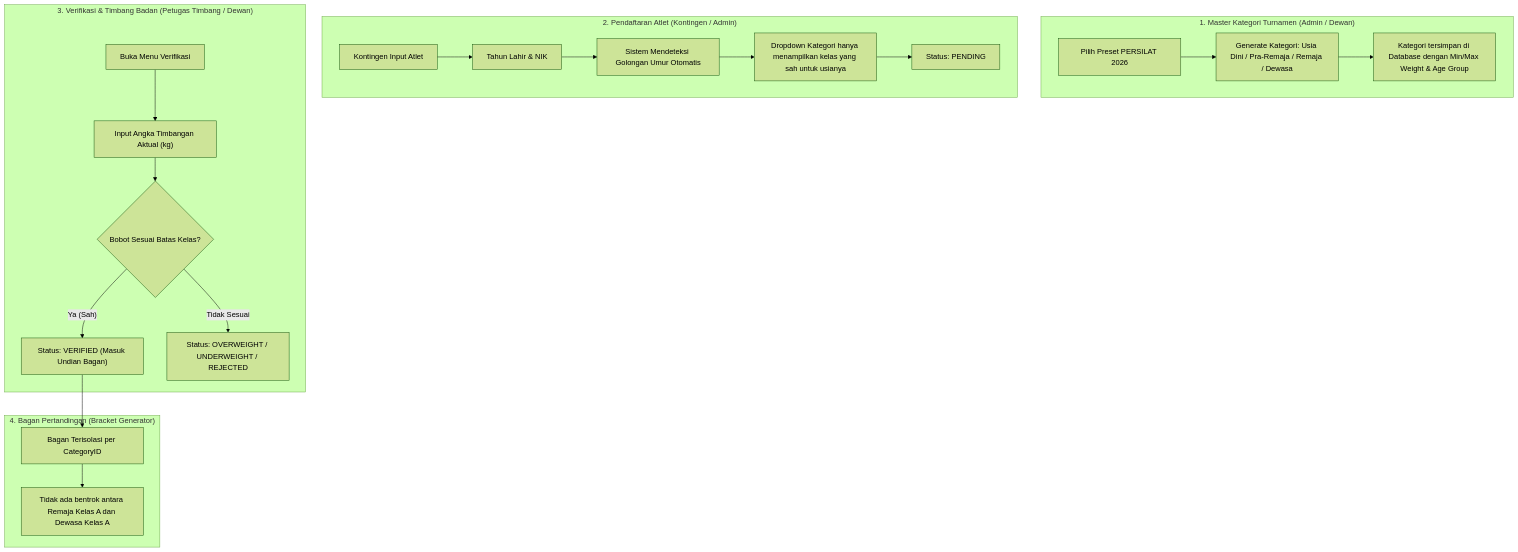
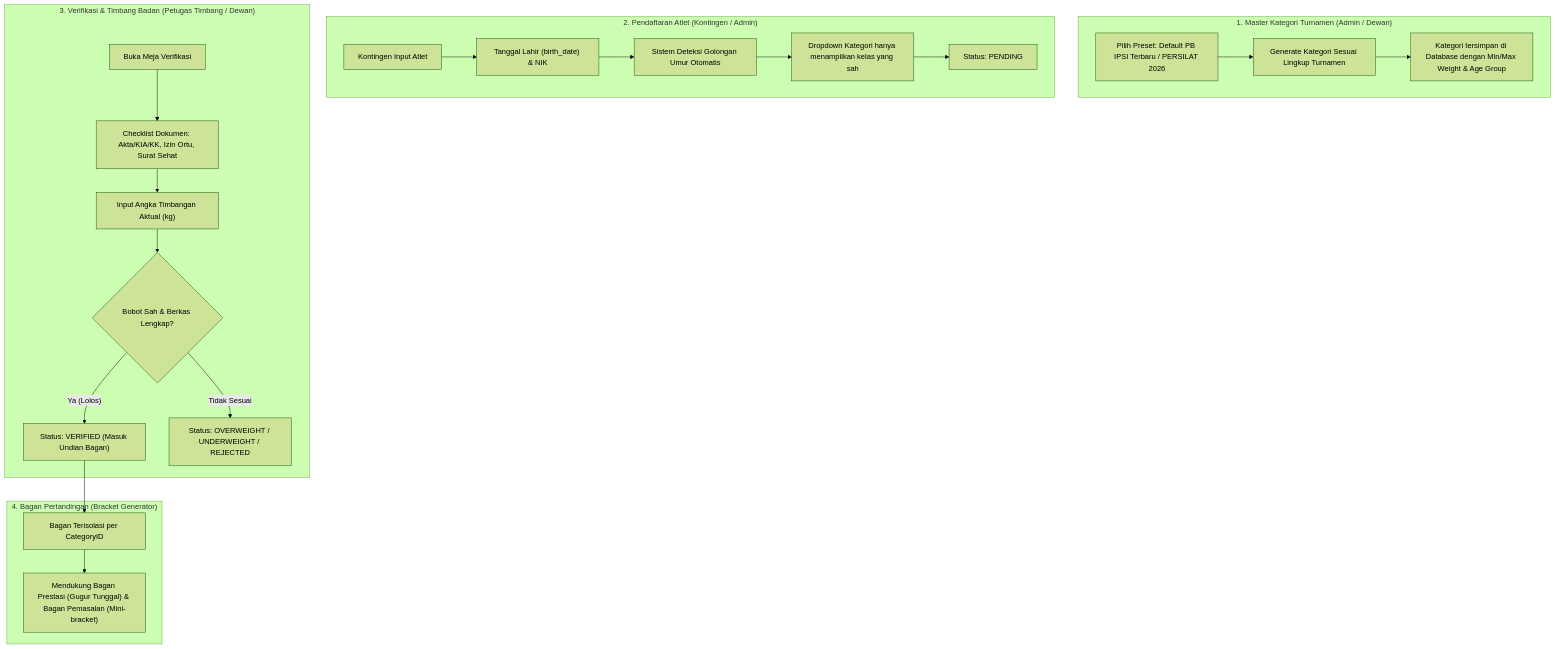
One commit to herros27/digital-scoring-platform changed the diagram in docs/rencana_kategori_dan_registrasi_ipsi.md. Above: the diagram before and after it, drawn with Mermaid (forest theme). The commit also changed other lines of this file and 15 other files, not shown here.

````diff
--- a/docs/rencana_kategori_dan_registrasi_ipsi.md
+++ b/docs/rencana_kategori_dan_registrasi_ipsi.md
@@ -63,26 +70,27 @@
 ```mermaid
 flowchart TD
     subgraph DataMaster ["1. Master Kategori Turnamen (Admin / Dewan)"]
-        M1["Pilih Preset PERSILAT 2026"] --> M2["Generate Kategori: Usia Dini / Pra-Remaja / Remaja / Dewasa"]
+        M1["Pilih Preset: Default PB IPSI Terbaru / PERSILAT 2026"] --> M2["Generate Kategori Sesuai Lingkup Turnamen"]
         M2 --> M3["Kategori tersimpan di Database dengan Min/Max Weight & Age Group"]
     end
 
     subgraph Registrasi ["2. Pendaftaran Atlet (Kontingen / Admin)"]
-        R1["Kontingen Input Atlet"] --> R2["Tahun Lahir & NIK"]
-        R2 --> R3["Sistem Mendeteksi Golongan Umur Otomatis"]
-        R3 --> R4["Dropdown Kategori hanya menampilkan kelas yang sah untuk usianya"]
+        R1["Kontingen Input Atlet"] --> R2["Tanggal Lahir (birth_date) & NIK"]
+        R2 --> R3["Sistem Deteksi Golongan Umur Otomatis"]
+        R3 --> R4["Dropdown Kategori hanya menampilkan kelas yang sah"]
         R4 --> R5["Status: PENDING"]
     end
 
     subgraph Verifikasi ["3. Verifikasi & Timbang Badan (Petugas Timbang / Dewan)"]
-        V1["Buka Menu Verifikasi"] --> V2["Input Angka Timbangan Aktual (kg)"]
-        V2 --> V3{"Bobot Sesuai Batas Kelas?"}
-        V3 -- Ya (Sah) --> V4["Status: VERIFIED (Masuk Undian Bagan)"]
-        V3 -- Tidak Sesuai --> V5["Status: OVERWEIGHT / UNDERWEIGHT / REJECTED"]
+        V1["Buka Meja Verifikasi"] --> V2["Checklist Dokumen: Akta/KIA/KK, Izin Ortu, Surat Sehat"]
+        V2 --> V3["Input Angka Timbangan Aktual (kg)"]
+        V3 --> V4{"Bobot Sah & Berkas Lengkap?"}
+        V4 -- "Ya (Lolos)" --> V5["Status: VERIFIED (Masuk Undian Bagan)"]
+        V4 -- "Tidak Sesuai" --> V6["Status: OVERWEIGHT / UNDERWEIGHT / REJECTED"]
     end
 
     subgraph Bagan ["4. Bagan Pertandingan (Bracket Generator)"]
-        V4 --> B1["Bagan Terisolasi per CategoryID"]
-        B1 --> B2["Tidak ada bentrok antara Remaja Kelas A dan Dewasa Kelas A"]
+        V5 --> B1["Bagan Terisolasi per CategoryID"]
+        B1 --> B2["Mendukung Bagan Prestasi (Gugur Tunggal) & Bagan Pemasalan (Mini-bracket)"]
     end
 ```
````
